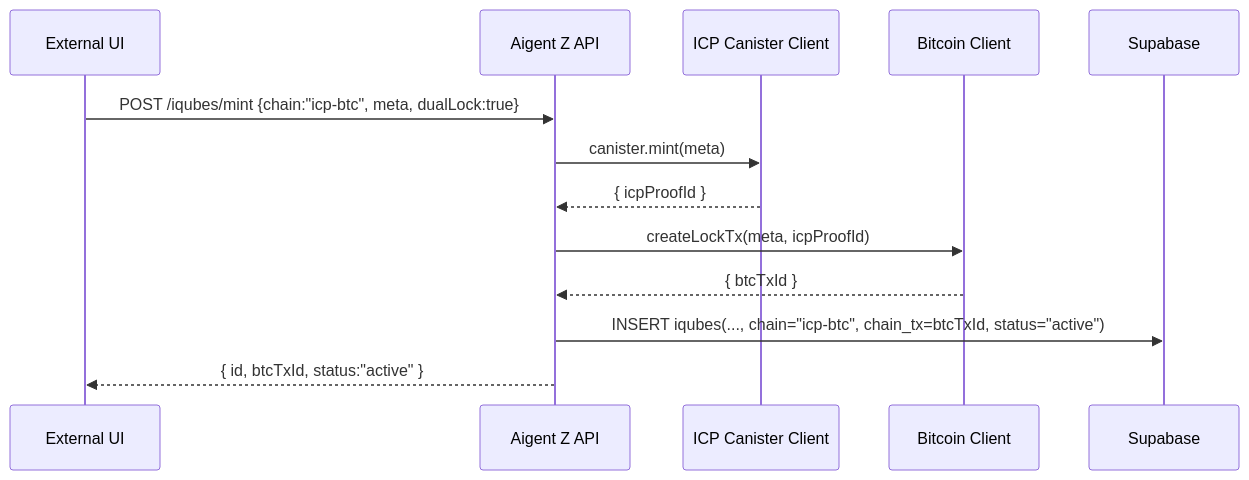
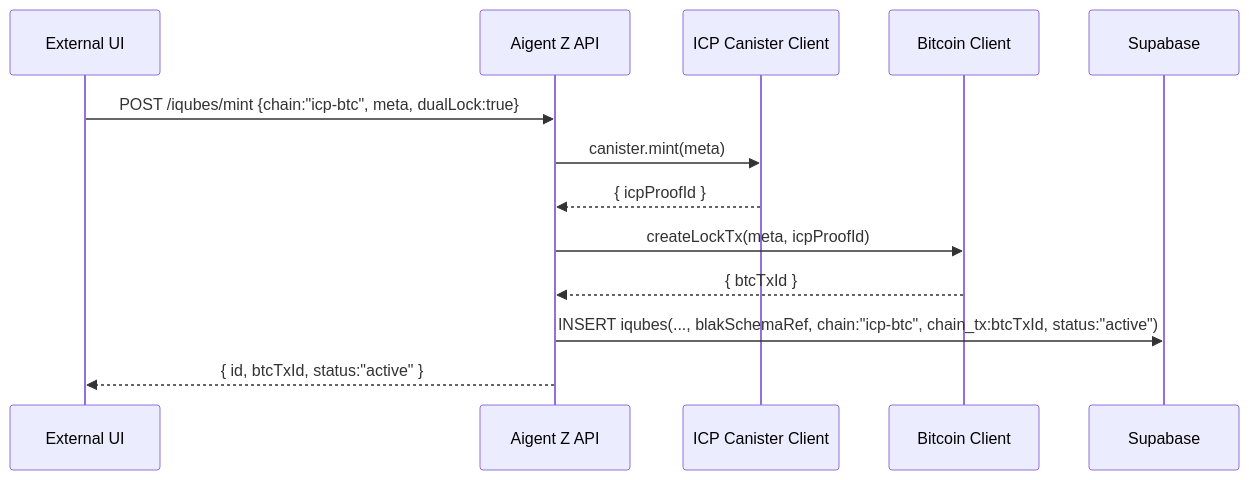
Before and after one commit to iQube-Protocol/AigentZBeta: the diagram in docs/architecture/diagrams/seq_icp_btc_dual.mmd, drawn with Mermaid. The commit also changed 10 other files, not shown here.

Commit message:
docs(architecture): clarify blakQube 'keys' == schema field keys/labels; add schema discovery + values gating; OpenAPI v1.1.1-alpha

```diff
--- a/docs/architecture/diagrams/seq_icp_btc_dual.mmd
+++ b/docs/architecture/diagrams/seq_icp_btc_dual.mmd
@@ -1,14 +1,13 @@
 sequenceDiagram
   participant UI as External UI
   participant API as Aigent Z API
   participant ICP as ICP Canister Client
   participant BTC as Bitcoin Client
   participant DB as Supabase
-
   UI->>API: POST /iqubes/mint {chain:"icp-btc", meta, dualLock:true}
   API->>ICP: canister.mint(meta)
   ICP-->>API: { icpProofId }
   API->>BTC: createLockTx(meta, icpProofId)
   BTC-->>API: { btcTxId }
-  API->>DB: INSERT iqubes(..., chain="icp-btc", chain_tx=btcTxId, status="active")
+  API->>DB: INSERT iqubes(..., blakSchemaRef, chain:"icp-btc", chain_tx:btcTxId, status:"active")
   API-->>UI: { id, btcTxId, status:"active" }
```
